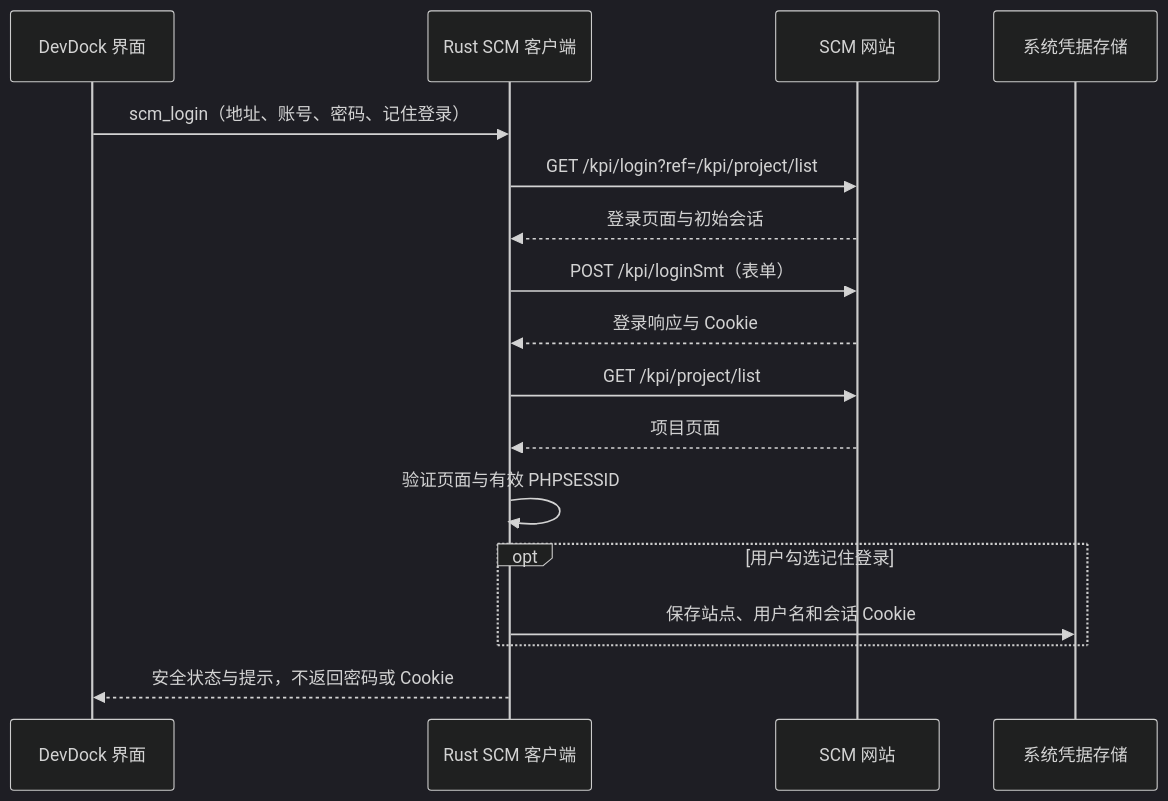
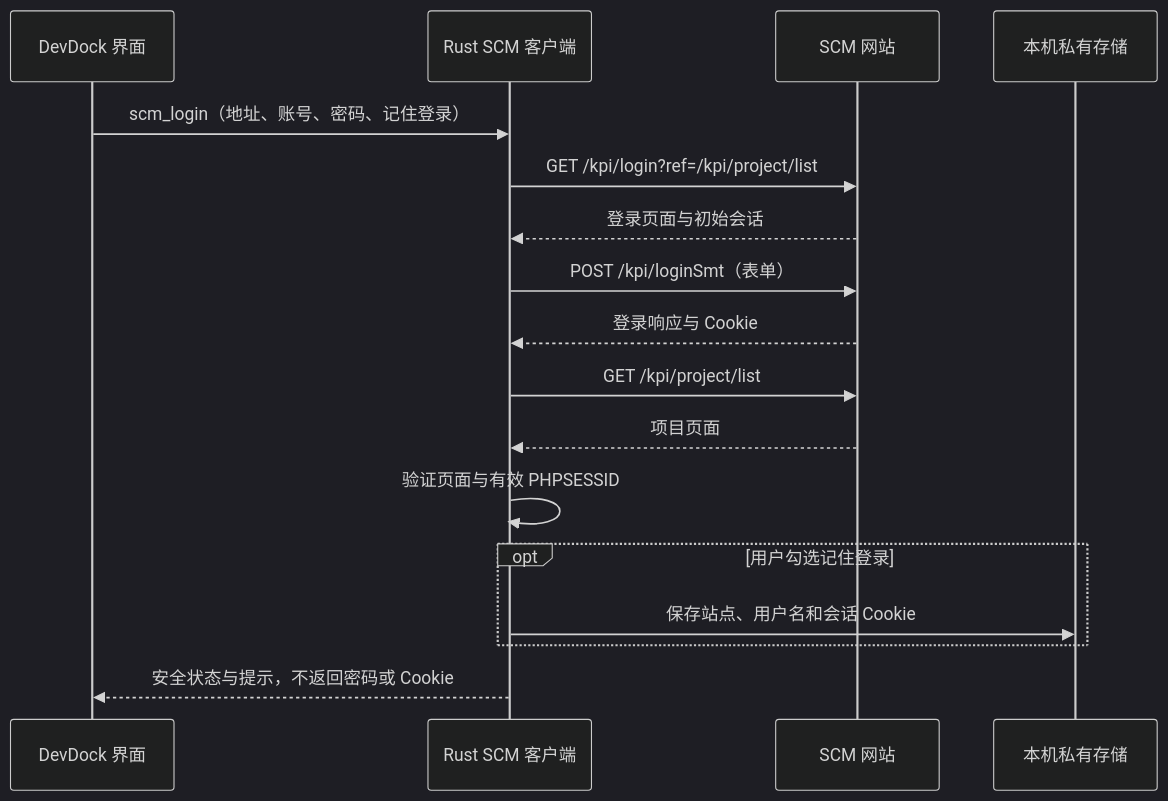
One commit to aixiaodoucn/devDock changed the second of 2 diagrams in docs/scm-flow.md. Above: the diagram before and after it, drawn with Mermaid (dark theme). The commit also changed other lines of this file and 40 other files, not shown here.

````diff
--- a/docs/scm-flow.md
+++ b/docs/scm-flow.md
@@ -34,19 +34,19 @@
 ```mermaid
 sequenceDiagram
     participant UI as DevDock 界面
     participant Rust as Rust SCM 客户端
     participant SCM as SCM 网站
-    participant Store as 系统凭据存储
+    participant Store as 本机私有存储
     UI->>Rust: scm_login（地址、账号、密码、记住登录）
     Rust->>SCM: GET /kpi/login?ref=/kpi/project/list
     SCM-->>Rust: 登录页面与初始会话
     Rust->>SCM: POST /kpi/loginSmt（表单）
     SCM-->>Rust: 登录响应与 Cookie
     Rust->>SCM: GET /kpi/project/list
     SCM-->>Rust: 项目页面
     Rust->>Rust: 验证页面与有效 PHPSESSID
     opt 用户勾选记住登录
         Rust->>Store: 保存站点、用户名和会话 Cookie
     end
     Rust-->>UI: 安全状态与提示，不返回密码或 Cookie
 ```
````
